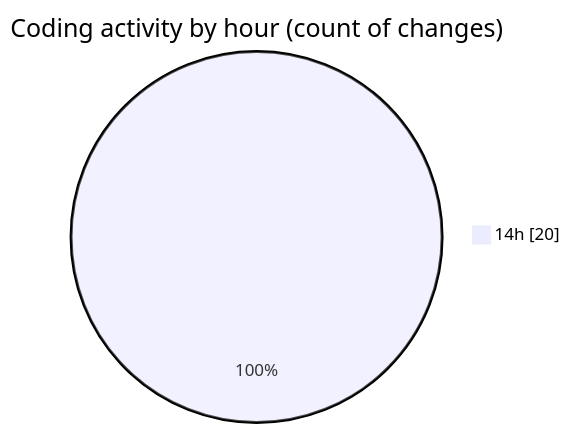
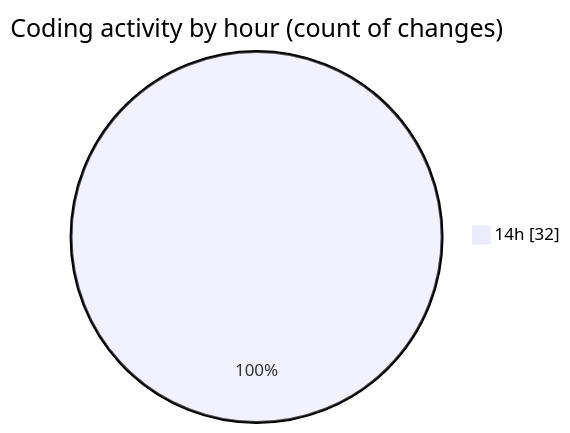
Before and after one commit to robertbonfada/code-tracking: the second of 2 diagrams in 2025-02-27/audiobooks-web/README.md, drawn with Mermaid. The commit also changed other lines of this file and 1 other file, not shown here.

````diff
--- a/2025-02-27/audiobooks-web/README.md
+++ b/2025-02-27/audiobooks-web/README.md
@@ -31,5 +33,5 @@
 ```mermaid
 pie showData
 title Coding activity by hour (count of changes)
-"14h" : 20
+"14h" : 32
 ```
````
